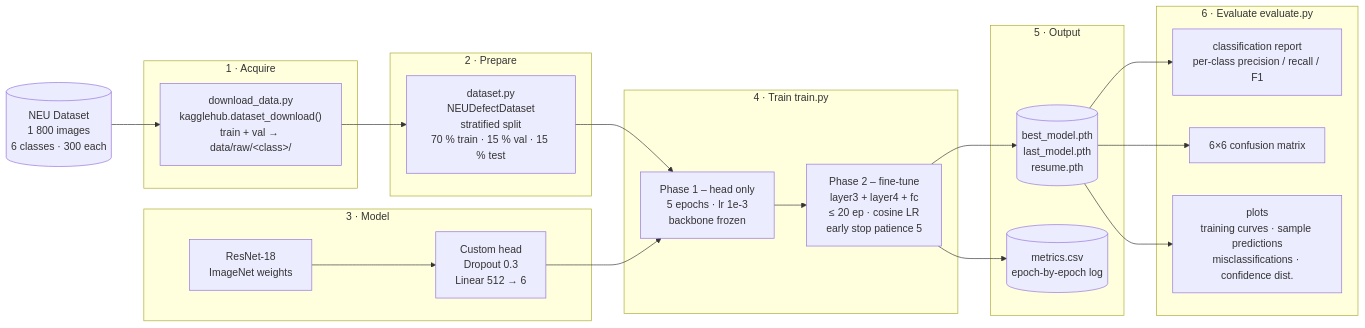
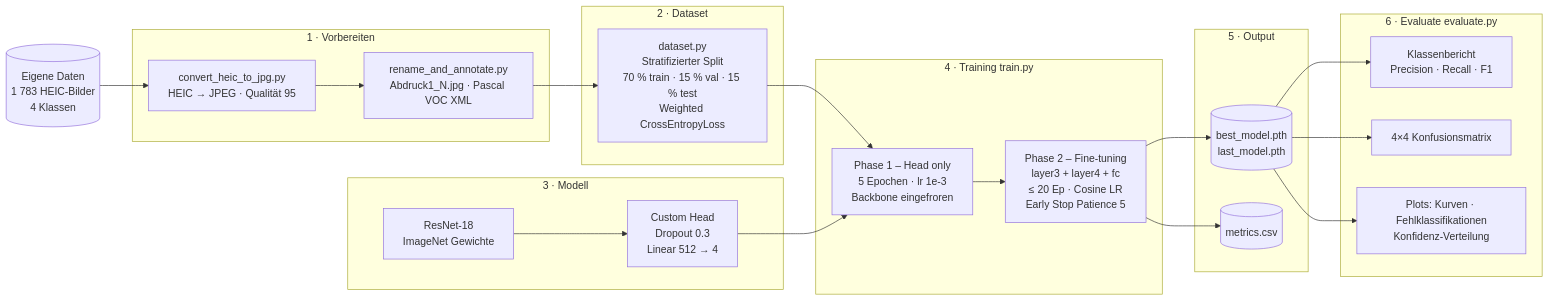
The first of 2 diagrams in README.md (dataenthusiast-io/cnn-surface-defect-classifier), drawn with Mermaid before and after one commit. The commit also changed other lines of this file, not shown here.

First line of the commit message:
Update README for 4-class production data and Grad-CAM

````diff
--- a/README.md
+++ b/README.md
@@ -161,45 +168,47 @@
 ```mermaid
 flowchart LR
-    DS[(NEU Dataset\n1 800 images\n6 classes · 300 each)]
+    DS[(Eigene Daten\n1 783 HEIC-Bilder\n4 Klassen)]
 
-    subgraph acquire["1 · Acquire"]
-        DL["download_data.py\nkagglehub.dataset_download()\ntrain + val → data/raw/&ltclass&gt/"]
+    subgraph acquire["1 · Vorbereiten"]
+        DL["convert_heic_to_jpg.py\nHEIC → JPEG · Qualität 95"]
+        RN["rename_and_annotate.py\nAbdruck1_N.jpg · Pascal VOC XML"]
+        DL --> RN
     end
 
-    subgraph prepare["2 · Prepare"]
-        DS2["dataset.py\nNEUDefectDataset\nstratified split\n70 % train · 15 % val · 15 % test"]
+    subgraph prepare["2 · Dataset"]
+        DS2["dataset.py\nStratifizierter Split\n70 % train · 15 % val · 15 % test\nWeighted CrossEntropyLoss"]
     end
 
-    subgraph arch["3 · Model"]
-        BN["ResNet-18\nImageNet weights"]
-        HD["Custom head\nDropout 0.3\nLinear 512 → 6"]
+    subgraph arch["3 · Modell"]
+        BN["ResNet-18\nImageNet Gewichte"]
+        HD["Custom Head\nDropout 0.3\nLinear 512 → 4"]
         BN --> HD
     end
 
-    subgraph fit["4 · Train  train.py"]
-        P1["Phase 1 – head only\n5 epochs · lr 1e-3\nbackbone frozen"]
-        P2["Phase 2 – fine-tune\nlayer3 + layer4 + fc\n≤ 20 ep · cosine LR\nearly stop patience 5"]
+    subgraph fit["4 · Training  train.py"]
+        P1["Phase 1 – Head only\n5 Epochen · lr 1e-3\nBackbone eingefroren"]
+        P2["Phase 2 – Fine-tuning\nlayer3 + layer4 + fc\n≤ 20 Ep · Cosine LR\nEarly Stop Patience 5"]
         P1 --> P2
     end
 
     subgraph out["5 · Output"]
-        CK[(best_model.pth\nlast_model.pth\nresume.pth)]
-        LOG2[(metrics.csv\nepoch-by-epoch log)]
+        CK[(best_model.pth\nlast_model.pth)]
+        LOG2[(metrics.csv)]
     end
 
     subgraph eval["6 · Evaluate  evaluate.py"]
-        REP["classification report\nper-class precision / recall / F1"]
-        CM["6×6 confusion matrix"]
-        PLT["plots\ntraining curves · sample predictions\nmisclassifications · confidence dist."]
+        REP["Klassenbericht\nPrecision · Recall · F1"]
+        CM["4×4 Konfusionsmatrix"]
+        PLT["Plots: Kurven · Fehlklassifikationen\nKonfidenz-Verteilung"]
     end
 
     DS --> DL
-    DL --> DS2
+    RN --> DS2
     DS2 --> P1
     HD --> P1
     P2 --> CK
     P2 --> LOG2
     CK --> REP
     CK --> CM
     CK --> PLT
 ```
````
